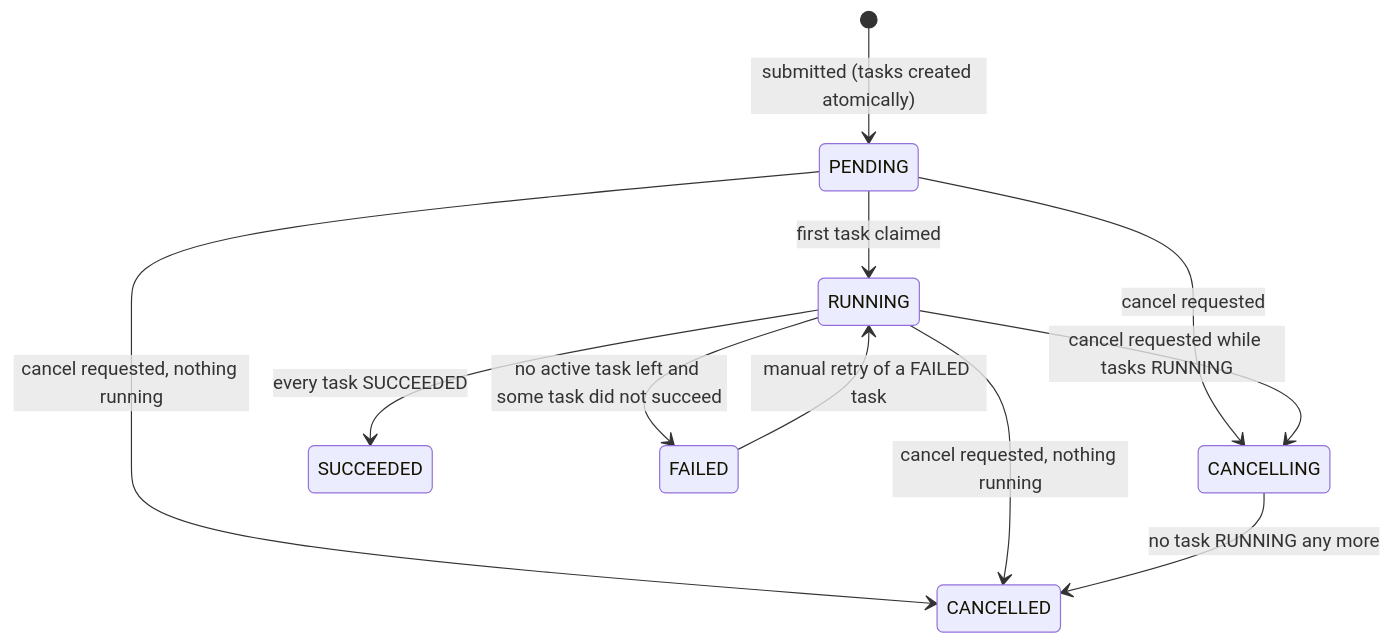
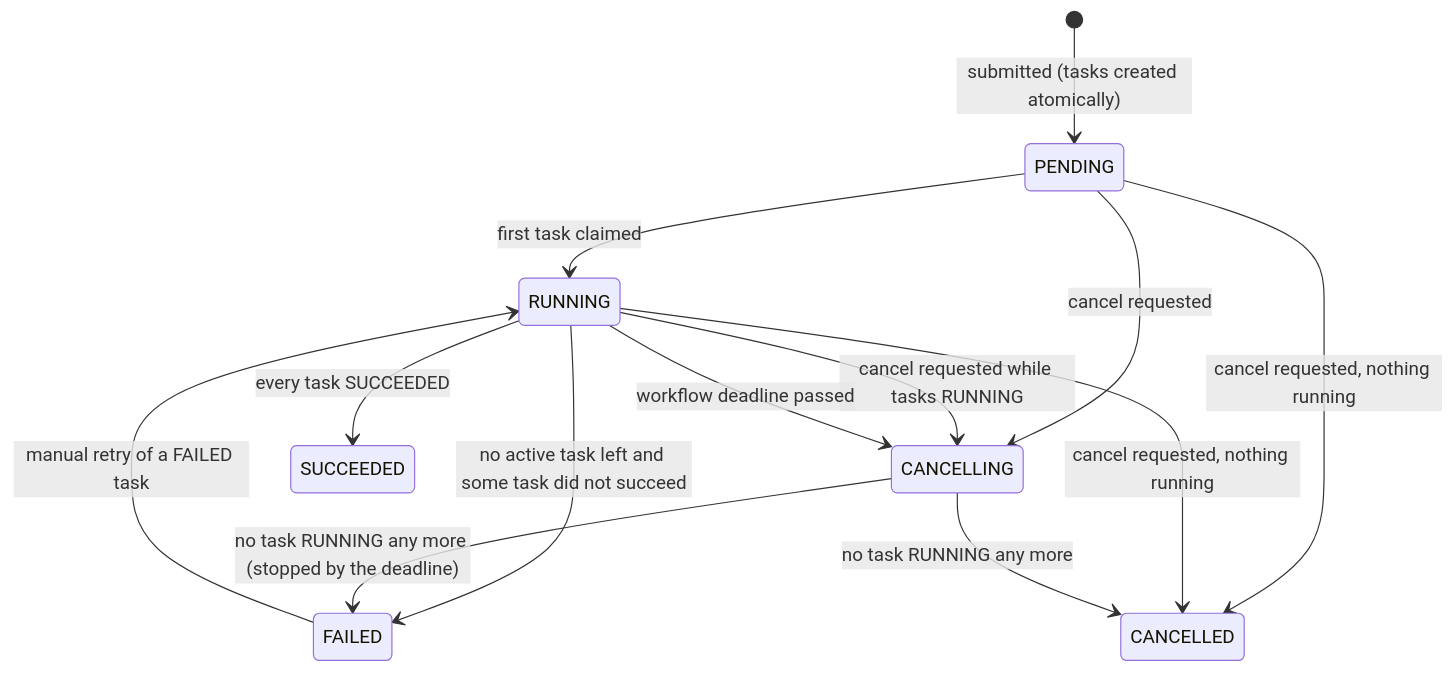
One commit to Rstar-910/Flowforge-Workflow-Engine- changed the second of 2 diagrams in docs/state-machines.md. Above: the diagram before and after it, drawn with Mermaid. The commit also changed other lines of this file and 21 other files, not shown here.

Commit message:
Add workflow deadlines and task queue timeouts

````diff
--- a/docs/state-machines.md
+++ b/docs/state-machines.md
@@ -56,13 +56,15 @@
 ```mermaid
 stateDiagram-v2
     [*] --> PENDING: submitted (tasks created atomically)
     PENDING --> RUNNING: first task claimed
     PENDING --> CANCELLING: cancel requested
     PENDING --> CANCELLED: cancel requested, nothing running
     RUNNING --> SUCCEEDED: every task SUCCEEDED
     RUNNING --> FAILED: no active task left and some task did not succeed
     RUNNING --> CANCELLING: cancel requested while tasks RUNNING
     RUNNING --> CANCELLED: cancel requested, nothing running
     CANCELLING --> CANCELLED: no task RUNNING any more
+    RUNNING --> CANCELLING: workflow deadline passed
+    CANCELLING --> FAILED: no task RUNNING any more (stopped by the deadline)
     FAILED --> RUNNING: manual retry of a FAILED task
 ```
````
